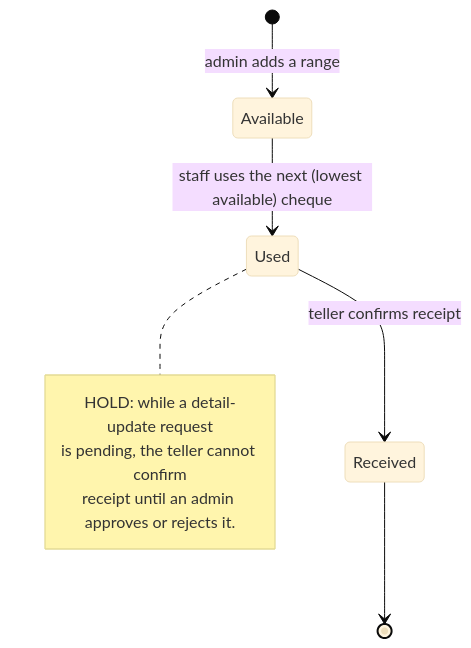
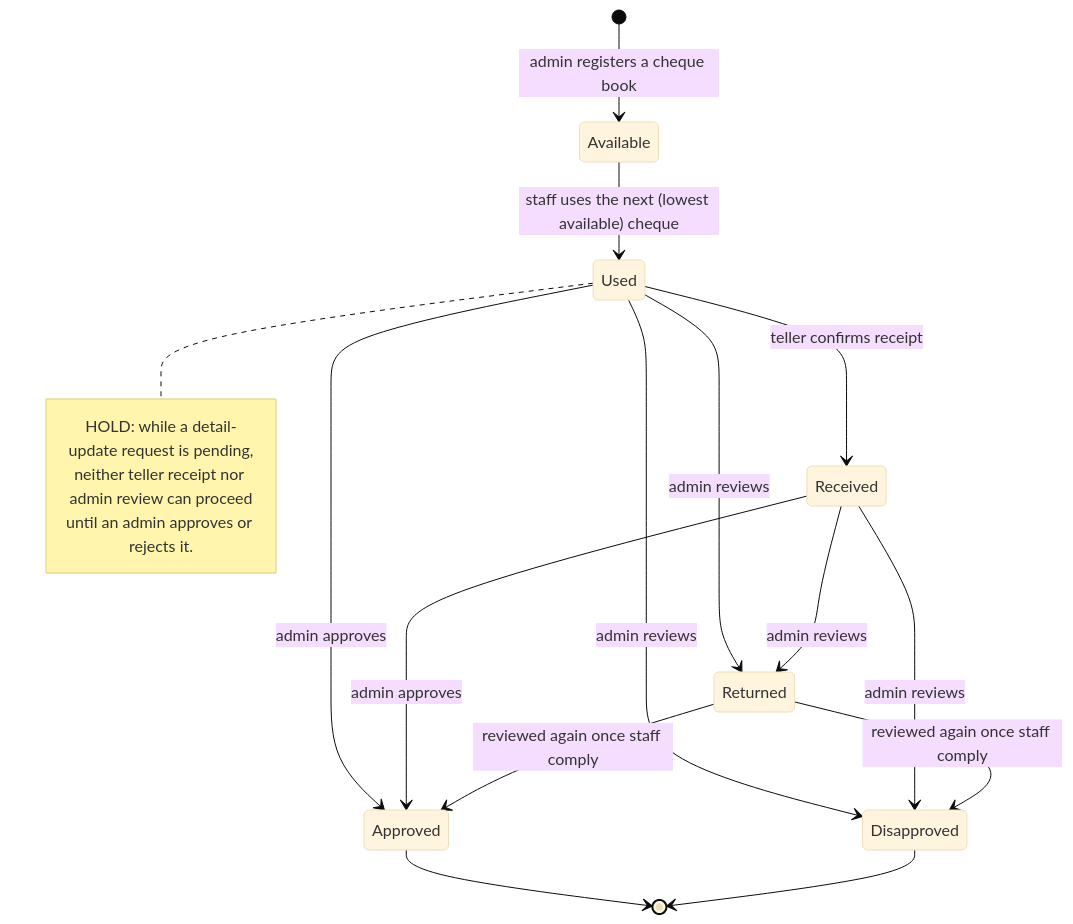
Before and after one commit to nicolasjob21/E-MDS: the second of 11 diagrams in docs/DOCUMENTATION.md, drawn with Mermaid (base theme). The commit also changed other lines of this file and 104 other files, not shown here.

````diff
--- a/docs/DOCUMENTATION.md
+++ b/docs/DOCUMENTATION.md
@@ -76,13 +98,25 @@
 ```mermaid
 stateDiagram-v2
-    [*] --> Available: admin adds a range
+    [*] --> Available: admin registers a cheque book
     Available --> Used: staff uses the next (lowest available) cheque
     Used --> Received: teller confirms receipt
-    Received --> [*]
+
+    Used --> Approved: admin approves
+    Used --> Returned: admin reviews
+    Used --> Disapproved: admin reviews
+    Received --> Approved: admin approves
+    Received --> Returned: admin reviews
+    Received --> Disapproved: admin reviews
+
+    Returned --> Approved: reviewed again once staff comply
+    Returned --> Disapproved: reviewed again once staff comply
+
+    Approved --> [*]
+    Disapproved --> [*]
 
     note right of Used
-        HOLD: while a detail-update request
-        is pending, the teller cannot confirm
-        receipt until an admin approves or rejects it.
+        HOLD: while a detail-update request is pending,
+        neither teller receipt nor admin review can proceed
+        until an admin approves or rejects it.
     end note
 ```
````
